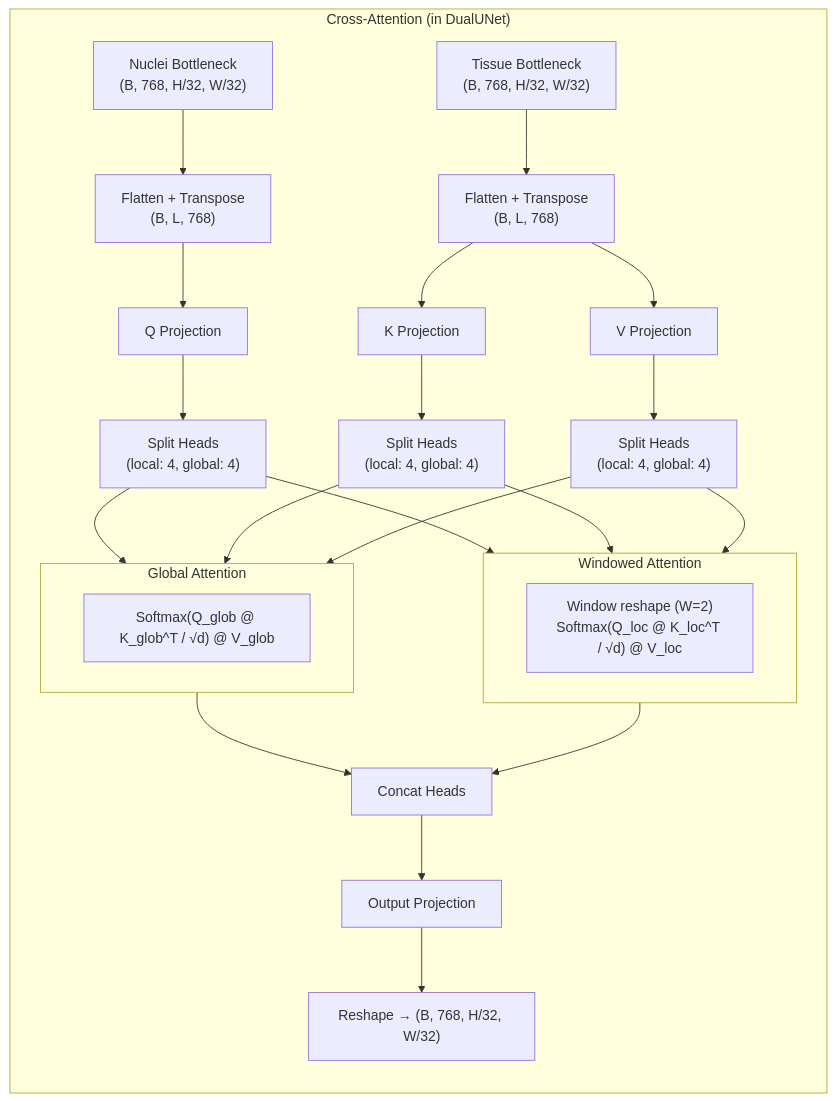
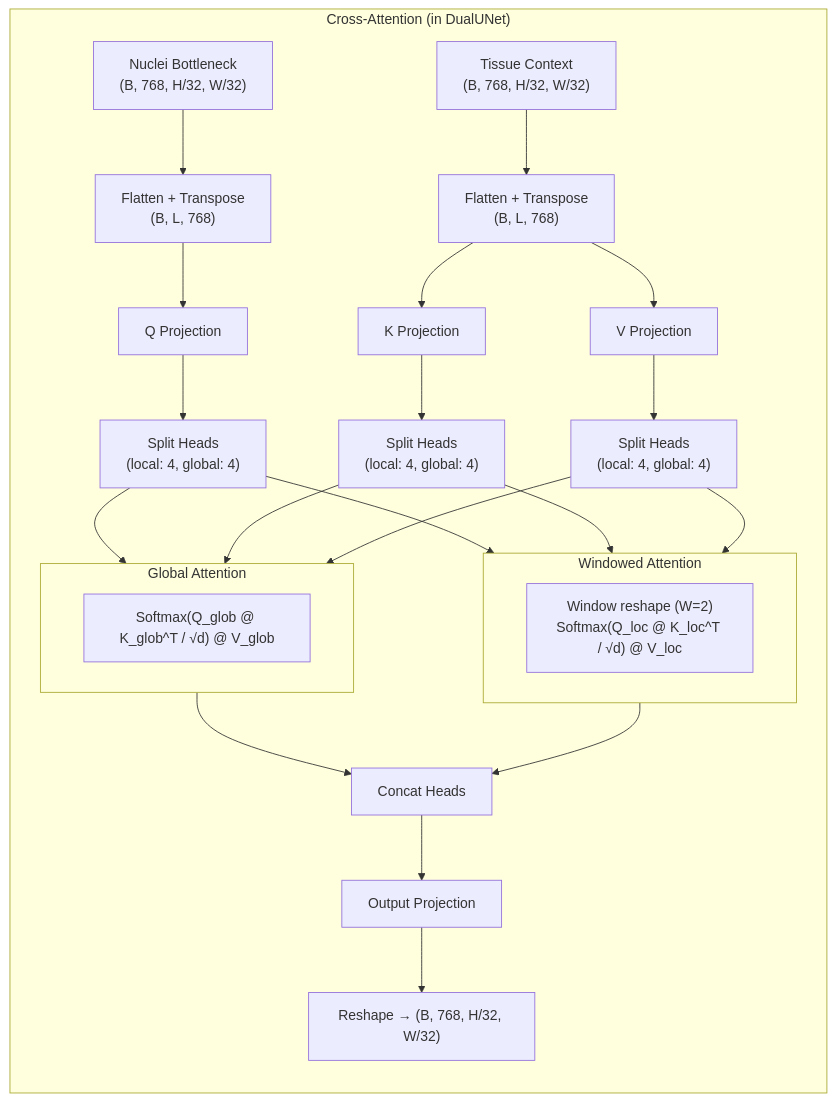
One commit to hoangtung386/Prometheus changed the sixth of 8 diagrams in docs/Architecture.md. Above: the diagram before and after it, drawn with Mermaid. The commit also changed other lines of this file, not shown here.

Commit message:
Remove MinkowskiEngine references from architecture docs (unimplemented modules)

````diff
--- a/docs/Architecture.md
+++ b/docs/Architecture.md
@@ -321,35 +218,35 @@
 ```mermaid
 flowchart LR
     subgraph Fusion["Cross-Attention (in DualUNet)"]
         NB["Nuclei Bottleneck<br/>(B, 768, H/32, W/32)"] --> FL["Flatten + Transpose<br/>(B, L, 768)"]
-        TB["Tissue Bottleneck<br/>(B, 768, H/32, W/32)"] --> FL2["Flatten + Transpose<br/>(B, L, 768)"]
+        TB["Tissue Context<br/>(B, 768, H/32, W/32)"] --> FL2["Flatten + Transpose<br/>(B, L, 768)"]
 
         FL --> Q["Q Projection"]
         FL2 --> K["K Projection"]
         FL2 --> V["V Projection"]
 
         Q --> SPLIT["Split Heads<br/>(local: 4, global: 4)"]
         K --> SPLIT2["Split Heads<br/>(local: 4, global: 4)"]
         V --> SPLIT3["Split Heads<br/>(local: 4, global: 4)"]
 
         subgraph Global["Global Attention"]
             GLO["Softmax(Q_glob @ K_glob^T / √d) @ V_glob"]
         end
 
         subgraph Local["Windowed Attention"]
             LO["Window reshape (W=2)<br/>Softmax(Q_loc @ K_loc^T / √d) @ V_loc"]
         end
 
         SPLIT --> Global
         SPLIT --> Local
         SPLIT2 --> Global
         SPLIT2 --> Local
         SPLIT3 --> Global
         SPLIT3 --> Local
 
         Global --> CAT["Concat Heads"]
         Local --> CAT
         CAT --> O["Output Projection"]
         O --> RESHAPE["Reshape → (B, 768, H/32, W/32)"]
     end
 ```
````
